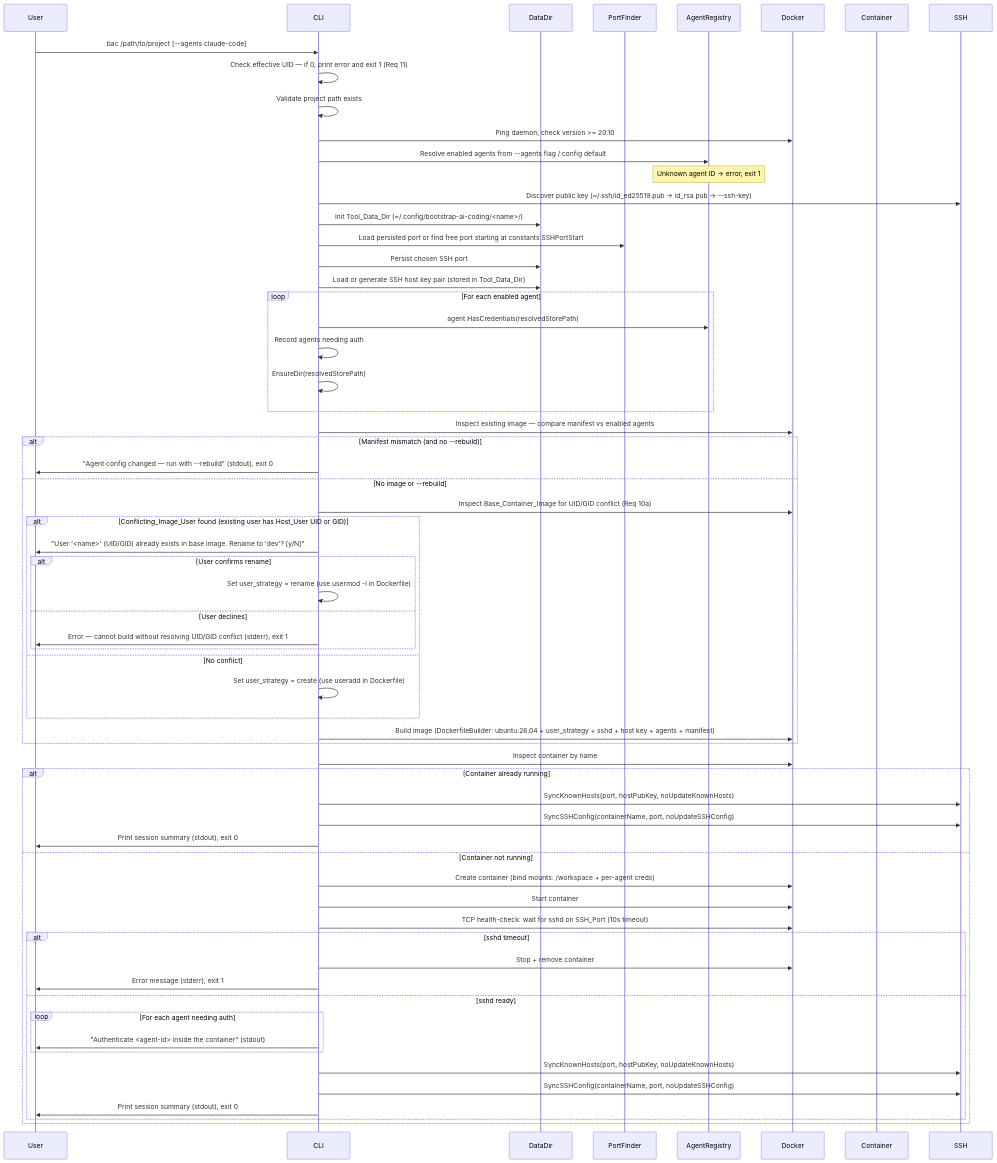
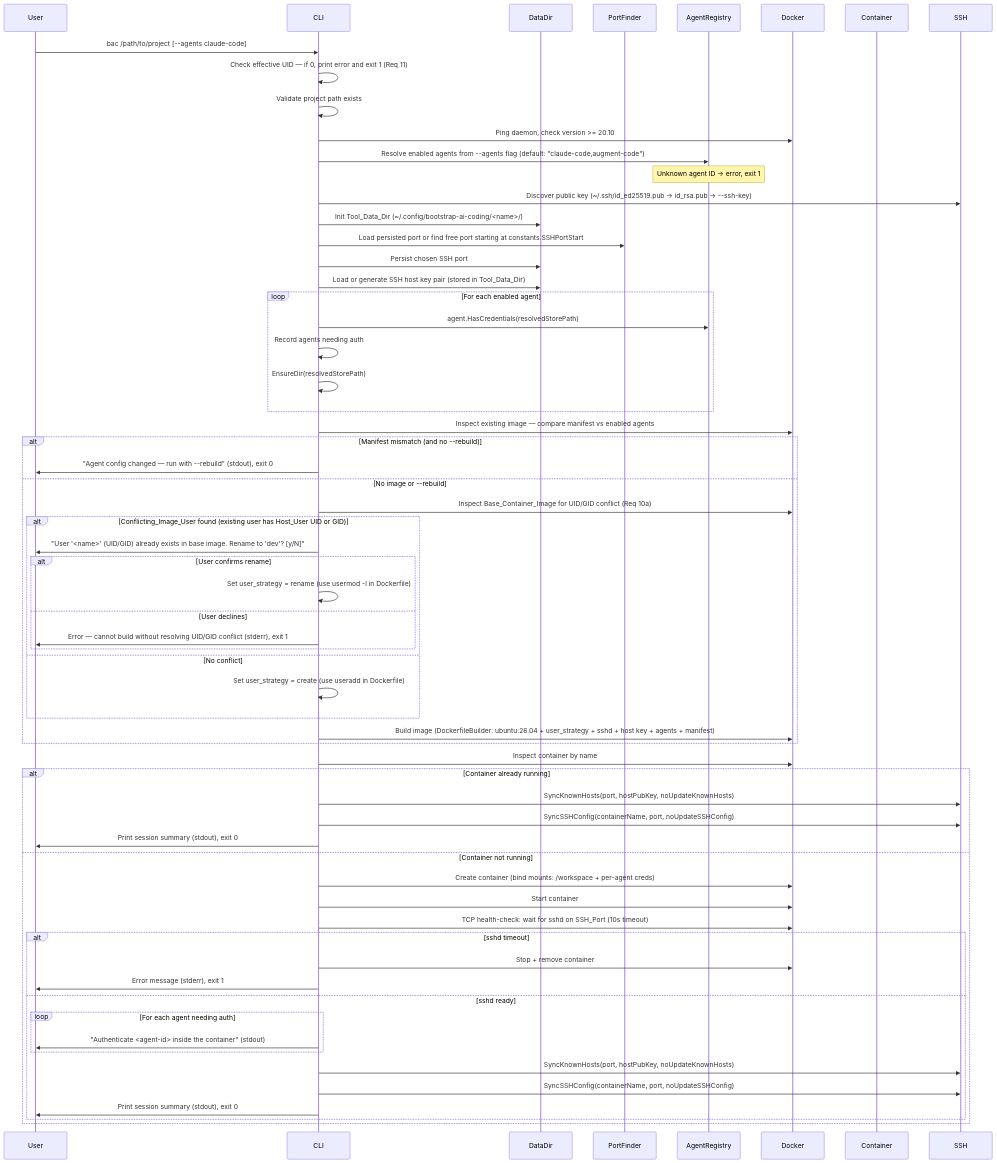
Before and after one commit to koudis/bootstrap-ai-coding: the second of 4 diagrams in .kiro/specs/bootstrap-ai-coding/design-architecture.md, drawn with Mermaid. The commit also changed other lines of this file and 17 other files, not shown here.

Commit message:
Add Augment Code

````diff
--- a/.kiro/specs/bootstrap-ai-coding/design-architecture.md
+++ b/.kiro/specs/bootstrap-ai-coding/design-architecture.md
@@ -80,65 +80,65 @@
 ```mermaid
 sequenceDiagram
     participant User
     participant CLI
     participant DataDir
     participant PortFinder
     participant AgentRegistry
     participant Docker
     participant Container
 
     User->>CLI: bac /path/to/project [--agents claude-code]
     CLI->>CLI: Check effective UID — if 0, print error and exit 1 (Req 11)
     CLI->>CLI: Validate project path exists
     CLI->>Docker: Ping daemon, check version >= 20.10
-    CLI->>AgentRegistry: Resolve enabled agents from --agents flag / config default
+    CLI->>AgentRegistry: Resolve enabled agents from --agents flag (default: "claude-code,augment-code")
     note over AgentRegistry: Unknown agent ID → error, exit 1
     CLI->>SSH: Discover public key (~/.ssh/id_ed25519.pub → id_rsa.pub → --ssh-key)
     CLI->>DataDir: Init Tool_Data_Dir (~/.config/bootstrap-ai-coding/<name>/)
     CLI->>PortFinder: Load persisted port or find free port starting at constants.SSHPortStart
     CLI->>DataDir: Persist chosen SSH port
     CLI->>DataDir: Load or generate SSH host key pair (stored in Tool_Data_Dir)
     loop For each enabled agent
         CLI->>AgentRegistry: agent.HasCredentials(resolvedStorePath)
         CLI->>CLI: Record agents needing auth
         CLI->>CLI: EnsureDir(resolvedStorePath)
     end
     CLI->>Docker: Inspect existing image — compare manifest vs enabled agents
     alt Manifest mismatch (and no --rebuild)
         CLI->>User: "Agent config changed — run with --rebuild" (stdout), exit 0
     else No image or --rebuild
         CLI->>Docker: Inspect Base_Container_Image for UID/GID conflict (Req 10a)
         alt Conflicting_Image_User found (existing user has Host_User UID or GID)
             CLI->>User: "User '<name>' (UID/GID) already exists in base image. Rename to 'dev'? [y/N]"
             alt User confirms rename
                 CLI->>CLI: Set user_strategy = rename (use usermod -l in Dockerfile)
             else User declines
                 CLI->>User: Error — cannot build without resolving UID/GID conflict (stderr), exit 1
             end
         else No conflict
             CLI->>CLI: Set user_strategy = create (use useradd in Dockerfile)
         end
         CLI->>Docker: Build image (DockerfileBuilder: ubuntu:26.04 + user_strategy + sshd + host key + agents + manifest)
     end
     CLI->>Docker: Inspect container by name
     alt Container already running
         CLI->>SSH: SyncKnownHosts(port, hostPubKey, noUpdateKnownHosts)
         CLI->>SSH: SyncSSHConfig(containerName, port, noUpdateSSHConfig)
         CLI->>User: Print session summary (stdout), exit 0
     else Container not running
         CLI->>Docker: Create container (bind mounts: /workspace + per-agent creds)
         CLI->>Docker: Start container
         CLI->>Docker: TCP health-check: wait for sshd on SSH_Port (10s timeout)
         alt sshd timeout
             CLI->>Docker: Stop + remove container
             CLI->>User: Error message (stderr), exit 1
         else sshd ready
             loop For each agent needing auth
                 CLI->>User: "Authenticate <agent-id> inside the container" (stdout)
             end
             CLI->>SSH: SyncKnownHosts(port, hostPubKey, noUpdateKnownHosts)
             CLI->>SSH: SyncSSHConfig(containerName, port, noUpdateSSHConfig)
             CLI->>User: Print session summary (stdout), exit 0
         end
     end
 ```
````
